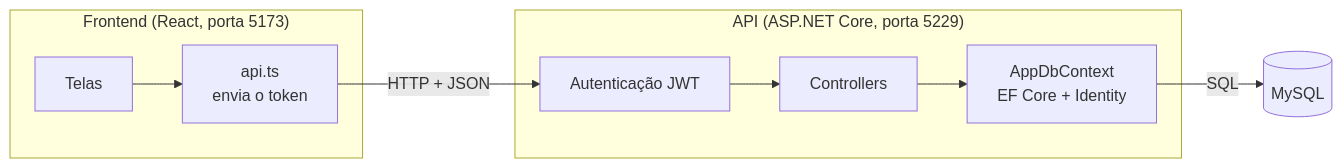
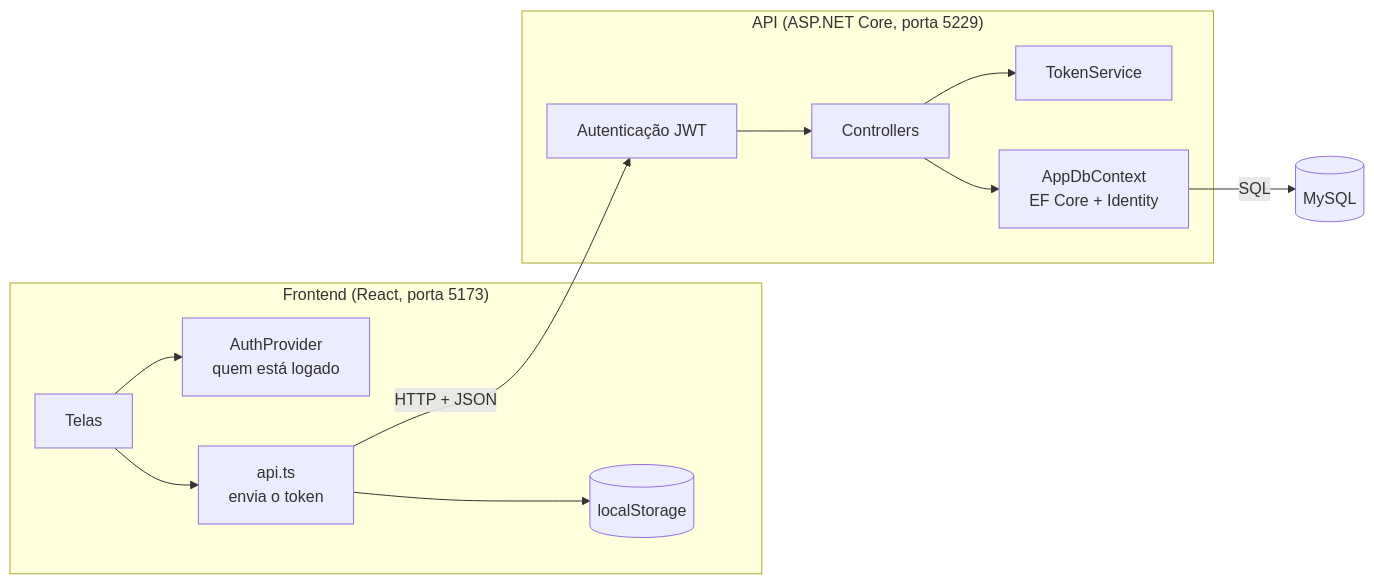
The first of 2 diagrams in README.md (bfabbio90/Licao-em-Dia), drawn with Mermaid before and after one commit. The commit also changed other lines of this file and 3 other files, not shown here.

Commit message:
docs: expand README with screens, auth flow and data model

````diff
--- a/README.md
+++ b/README.md
@@ -33,16 +81,19 @@
 ```mermaid
 flowchart LR
     subgraph Front["Frontend (React, porta 5173)"]
-        Telas["Telas"] --> Api["api.ts<br/>envia o token"]
+        Telas["Telas"] --> AuthCtx["AuthProvider<br/>quem está logado"]
+        Telas --> Api["api.ts<br/>envia o token"]
+        Api --> Sessao[("localStorage")]
     end
 
     subgraph Back["API (ASP.NET Core, porta 5229)"]
         Auth["Autenticação JWT"] --> Controllers["Controllers"]
+        Controllers --> Token["TokenService"]
         Controllers --> Contexto["AppDbContext<br/>EF Core + Identity"]
     end
 
     Banco[("MySQL")]
 
     Api -- "HTTP + JSON" --> Auth
     Contexto -- "SQL" --> Banco
 ```
````
